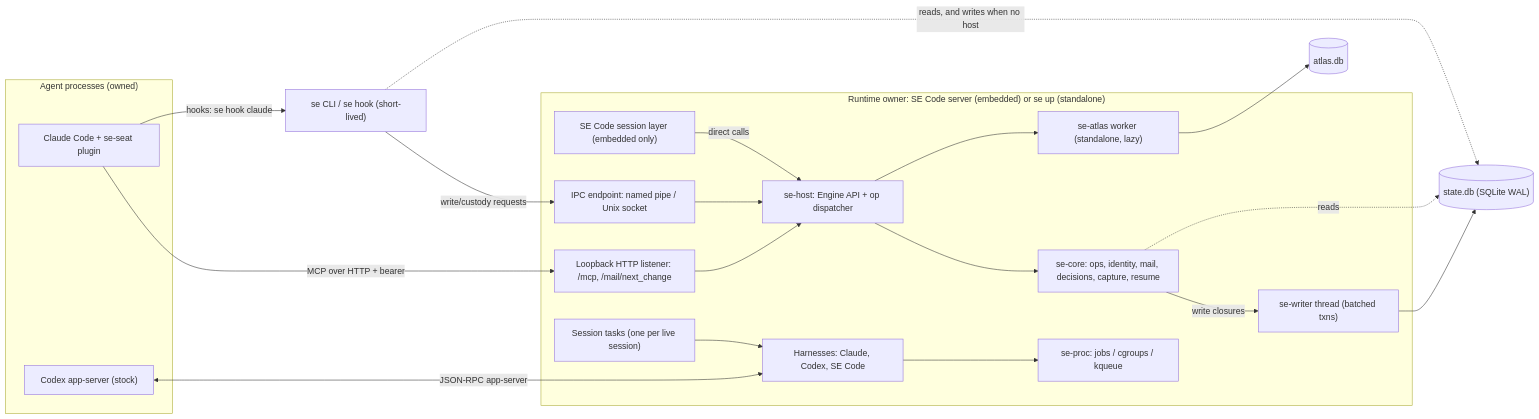
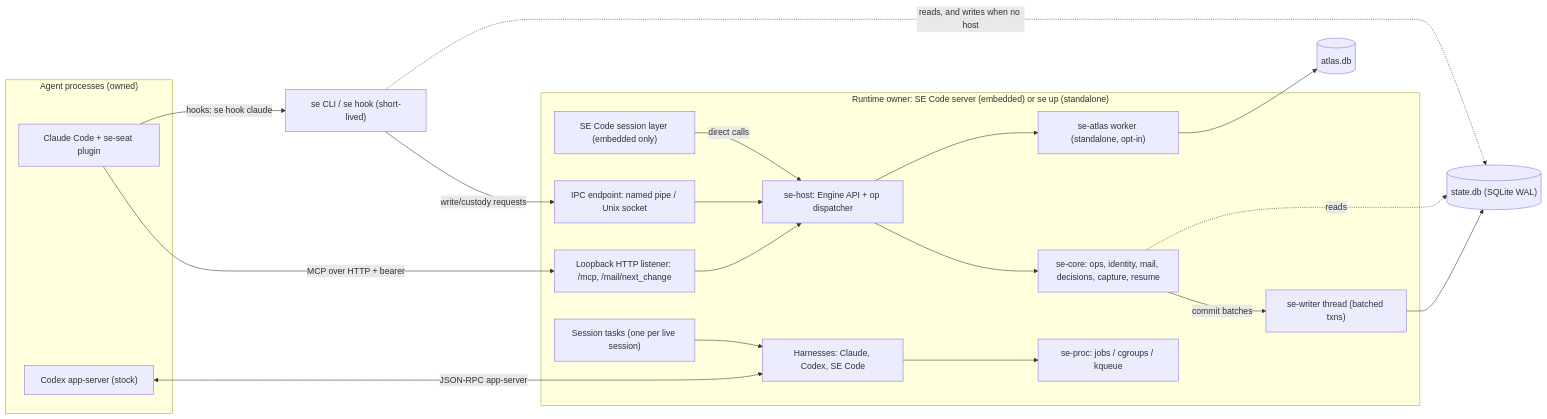
Before and after one commit to StateEngine/StateEngine: the first of 5 diagrams in docs/design/00-overview-and-invariants.md, drawn with Mermaid. The commit also changed other lines of this file and 1 other file, not shown here.

Commit message:
Round 2: define the sync core to async writer seam, drop the project settings layer, state the Atlas opt-in plainly and correct the early-proof statuses.

````diff
--- a/docs/design/00-overview-and-invariants.md
+++ b/docs/design/00-overview-and-invariants.md
@@ -108,38 +108,38 @@
 ```mermaid
 flowchart LR
   subgraph Agents["Agent processes (owned)"]
     CC["Claude Code + se-seat plugin"]
     CX["Codex app-server (stock)"]
   end
   subgraph Host["Runtime owner: SE Code server (embedded) or se up (standalone)"]
     SC["SE Code session layer (embedded only)"]
     API["se-host: Engine API + op dispatcher"]
     LIS["Loopback HTTP listener: /mcp, /mail/next_change"]
     IPC["IPC endpoint: named pipe / Unix socket"]
     ST["Session tasks (one per live session)"]
     HAR["Harnesses: Claude, Codex, SE Code"]
     CORE["se-core: ops, identity, mail, decisions, capture, resume"]
     WR["se-writer thread (batched txns)"]
     PROC["se-proc: jobs / cgroups / kqueue"]
-    ATL["se-atlas worker (standalone, lazy)"]
+    ATL["se-atlas worker (standalone, opt-in)"]
   end
   CLI["se CLI / se hook (short-lived)"]
   DB[("state.db (SQLite WAL)")]
   ADB[("atlas.db")]
   CC -- "MCP over HTTP + bearer" --> LIS
   CC -- "hooks: se hook claude" --> CLI
   CX <-- "JSON-RPC app-server" --> HAR
   SC -- "direct calls" --> API
   CLI -- "write/custody requests" --> IPC
   CLI -. "reads, and writes when no host" .-> DB
   LIS --> API
   IPC --> API
   API --> CORE
   ST --> HAR
   HAR --> PROC
-  CORE -- "write closures" --> WR
+  CORE -- "commit batches" --> WR
   WR --> DB
   CORE -. "reads" .-> DB
   ATL --> ADB
   API --> ATL
 ```
````
